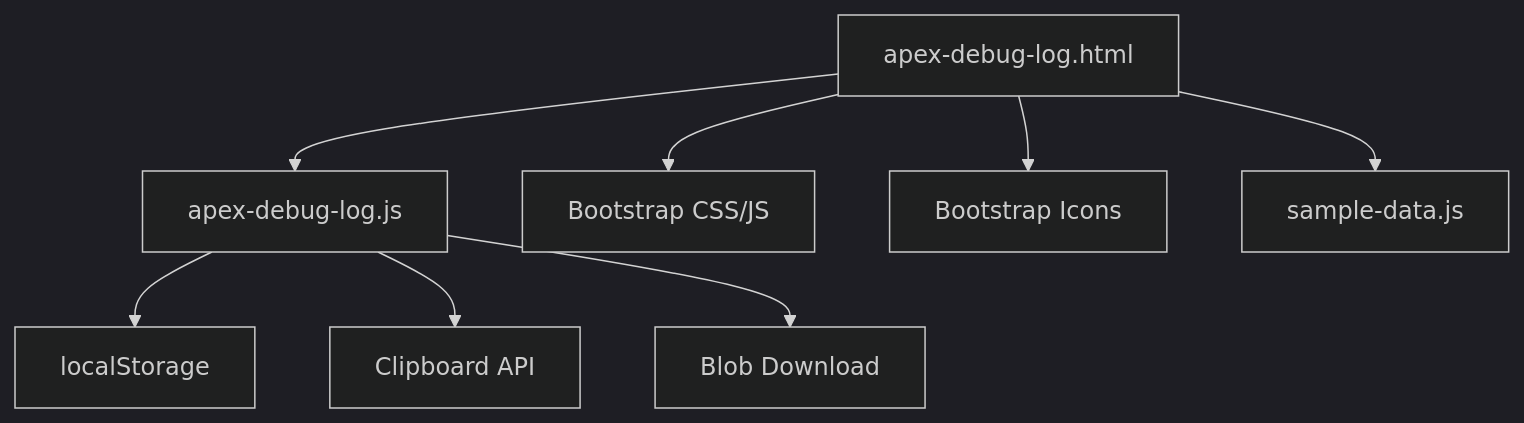
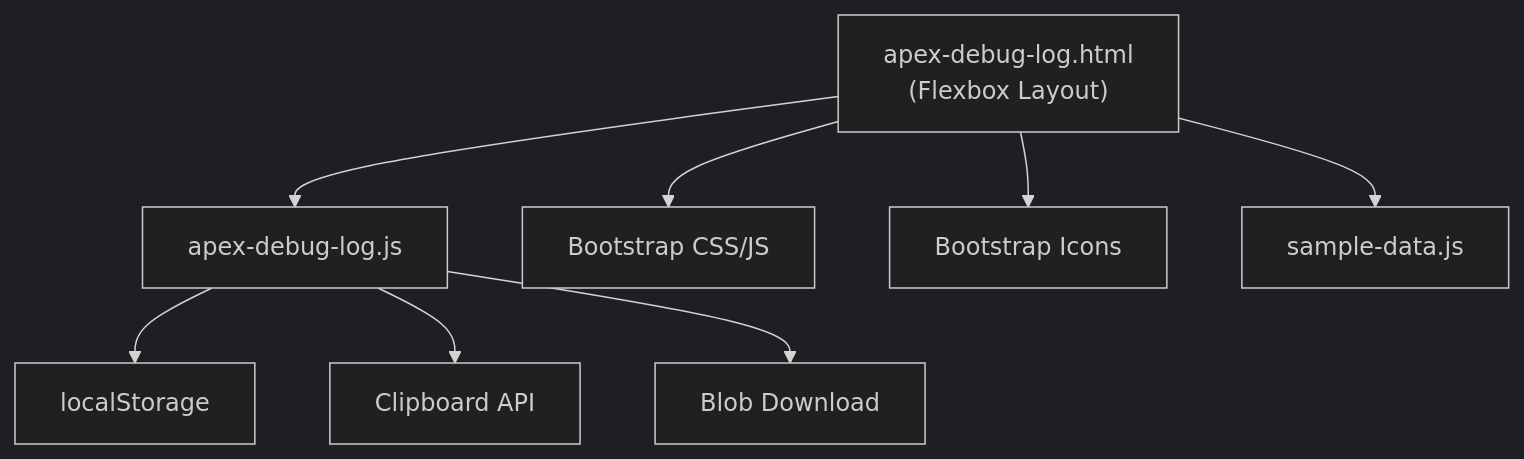
One commit to escaleraalcielo/developer-utilities changed the fourth of 4 diagrams in .qoder/repowiki/en/content/Development Utilities/Apex Debug Log Analyzer.md. Above: the diagram before and after it, drawn with Mermaid (dark theme). The commit also changed other lines of this file and 6 other files, not shown here.

````diff
--- a/.qoder/repowiki/en/content/Development Utilities/Apex Debug Log Analyzer.md
+++ b/.qoder/repowiki/en/content/Development Utilities/Apex Debug Log Analyzer.md
@@ -221,10 +251,10 @@
 ```mermaid
 graph TB
-UI["apex-debug-log.html"] --> JS["apex-debug-log.js"]
+UI["apex-debug-log.html<br/>(Flexbox Layout)"] --> JS["apex-debug-log.js"]
 JS --> LS["localStorage"]
 JS --> CL["Clipboard API"]
 JS --> DL["Blob Download"]
 UI --> BS["Bootstrap CSS/JS"]
 UI --> BI["Bootstrap Icons"]
 UI --> SD["sample-data.js"]
 ```
````
